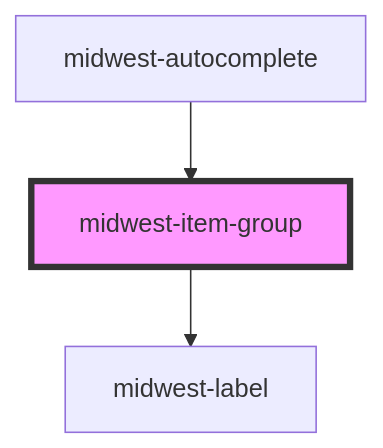
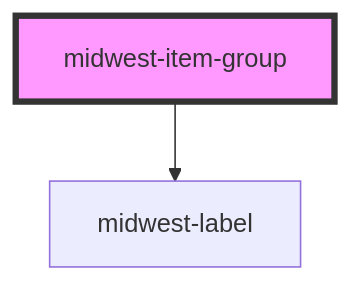
Before and after one commit to splitinfinities/Midwest: the diagram in packages/core/docs/components/forms/item-group/readme.md, drawn with Mermaid. The commit also changed other lines of this file and 28 other files, not shown here.

````diff
--- a/packages/core/docs/components/forms/item-group/readme.md
+++ b/packages/core/docs/components/forms/item-group/readme.md
@@ -28,6 +24,5 @@
 ```mermaid
 graph TD;
   midwest-item-group --> midwest-label
-  midwest-autocomplete --> midwest-item-group
   style midwest-item-group fill:#f9f,stroke:#333,stroke-width:4px
 ```
````
